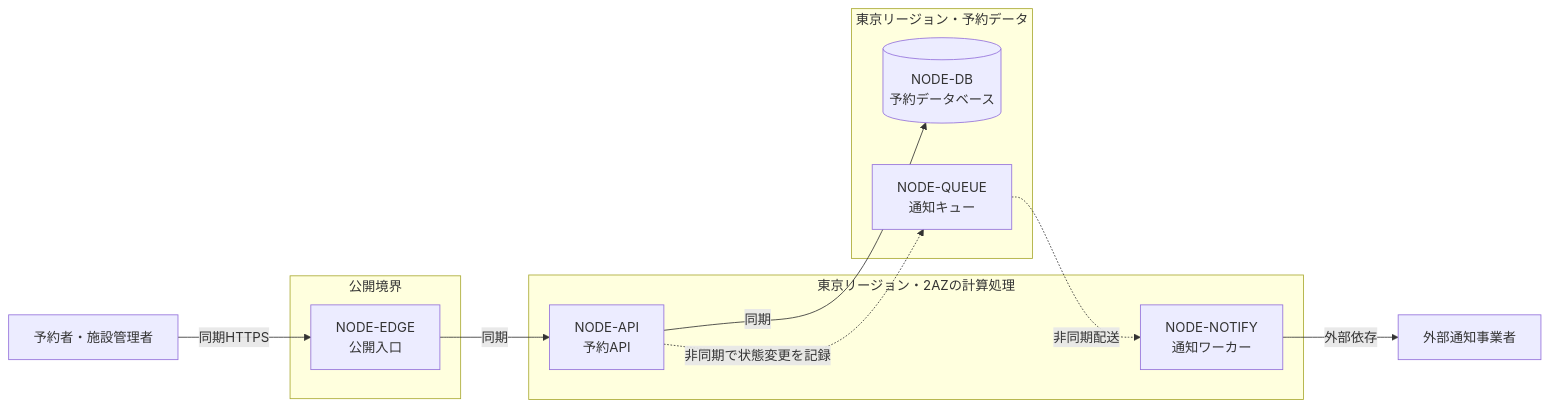
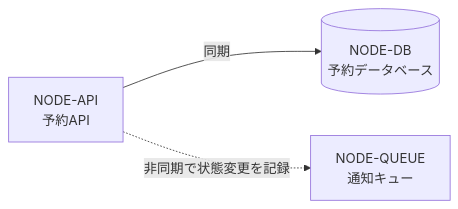
The diagram in plugins/write-doc/skills/write-doc/assets/examples/cloud-architecture.example.md (nakamori-naoya/write-doc-plugins), drawn with Mermaid before and after one commit. The commit also changed other lines of this file and 44 other files, not shown here.

````diff
--- a/plugins/write-doc/skills/write-doc/assets/examples/cloud-architecture.example.md
+++ b/plugins/write-doc/skills/write-doc/assets/examples/cloud-architecture.example.md
@@ -31,20 +23,5 @@
 ```mermaid
 flowchart LR
-  USER["予約者・施設管理者"] -->|同期HTTPS| NODE_EDGE["NODE-EDGE<br/>公開入口"]
-  subgraph TZ_PUBLIC["公開境界"]
-    NODE_EDGE
-  end
-  subgraph AU_APP["東京リージョン・2AZの計算処理"]
-    NODE_API["NODE-API<br/>予約API"]
-    NODE_NOTIFY["NODE-NOTIFY<br/>通知ワーカー"]
-  end
-  subgraph AU_DATA["東京リージョン・予約データ"]
-    NODE_DB[("NODE-DB<br/>予約データベース")]
-    NODE_QUEUE["NODE-QUEUE<br/>通知キュー"]
-  end
-  NODE_EDGE -->|同期| NODE_API
-  NODE_API -->|同期| NODE_DB
-  NODE_API -.->|非同期で状態変更を記録| NODE_QUEUE
-  NODE_QUEUE -.->|非同期配送| NODE_NOTIFY
-  NODE_NOTIFY -->|外部依存| EXT_NOTIFY["外部通知事業者"]
+  NODE_API["NODE-API<br/>予約API"] -->|同期| NODE_DB[("NODE-DB<br/>予約データベース")]
+  NODE_API -.->|非同期で状態変更を記録| NODE_QUEUE["NODE-QUEUE<br/>通知キュー"]
 ```
````
